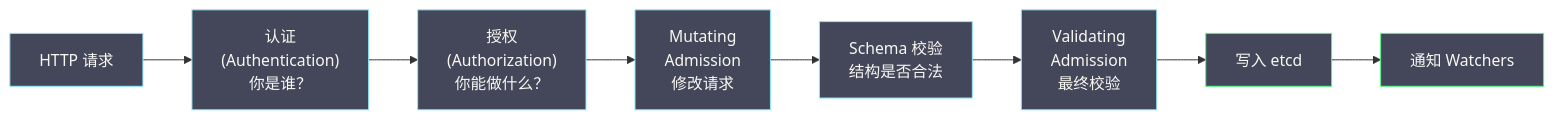
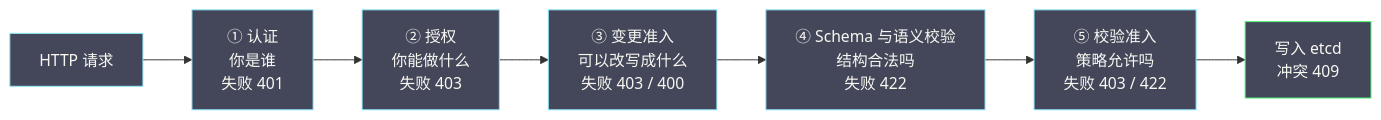
One commit to hpliStartAgain/my-brain changed the second of 5 diagrams in content/云原生/Kubernetes/kubernetes架构原则和对象设计/02 Kubernetes 整体架构.md. Above: the diagram before and after it, drawn with Mermaid. The commit also changed other lines of this file and 24 other files, not shown here.

````diff
--- a/content/云原生/Kubernetes/kubernetes架构原则和对象设计/02 Kubernetes 整体架构.md
+++ b/content/云原生/Kubernetes/kubernetes架构原则和对象设计/02 Kubernetes 整体架构.md
@@ -114,17 +117,15 @@
 ```mermaid
 %%{init: {'theme': 'dracula'}}%%
 graph LR
-    REQ["HTTP 请求"] --> AUTH["认证</br>(Authentication)</br>你是谁？"]
-    AUTH --> AUTHZ["授权</br>(Authorization)</br>你能做什么？"]
-    AUTHZ --> MUT["Mutating</br>Admission</br>修改请求"]
-    MUT --> SCHEMA["Schema 校验</br>结构是否合法"]
-    SCHEMA --> VAL["Validating</br>Admission</br>最终校验"]
-    VAL --> ETCD["写入 etcd"]
-    ETCD --> WATCH["通知 Watchers"]
+    REQ["HTTP 请求"] --> AUTH["① 认证<br/>你是谁<br/>失败 401"]
+    AUTH --> AUTHZ["② 授权<br/>你能做什么<br/>失败 403"]
+    AUTHZ --> MUT["③ 变更准入<br/>可以改写成什么<br/>失败 403 / 400"]
+    MUT --> SCH["④ Schema 与语义校验<br/>结构合法吗<br/>失败 422"]
+    SCH --> VAL["⑤ 校验准入<br/>策略允许吗<br/>失败 403 / 422"]
+    VAL --> STORE["写入 etcd<br/>冲突 409"]
 
-    classDef step fill:#44475a,stroke:#8be9fd,color:#f8f8f2
-    classDef store fill:#44475a,stroke:#50fa7b,color:#f8f8f2
-
-    class REQ,AUTH,AUTHZ,MUT,SCHEMA,VAL step
-    class ETCD,WATCH store
+    classDef gate fill:#44475a,stroke:#8be9fd,color:#f8f8f2
+    classDef store2 fill:#44475a,stroke:#50fa7b,color:#f8f8f2
+    class REQ,AUTH,AUTHZ,MUT,SCH,VAL gate
+    class STORE store2
 ```
````
